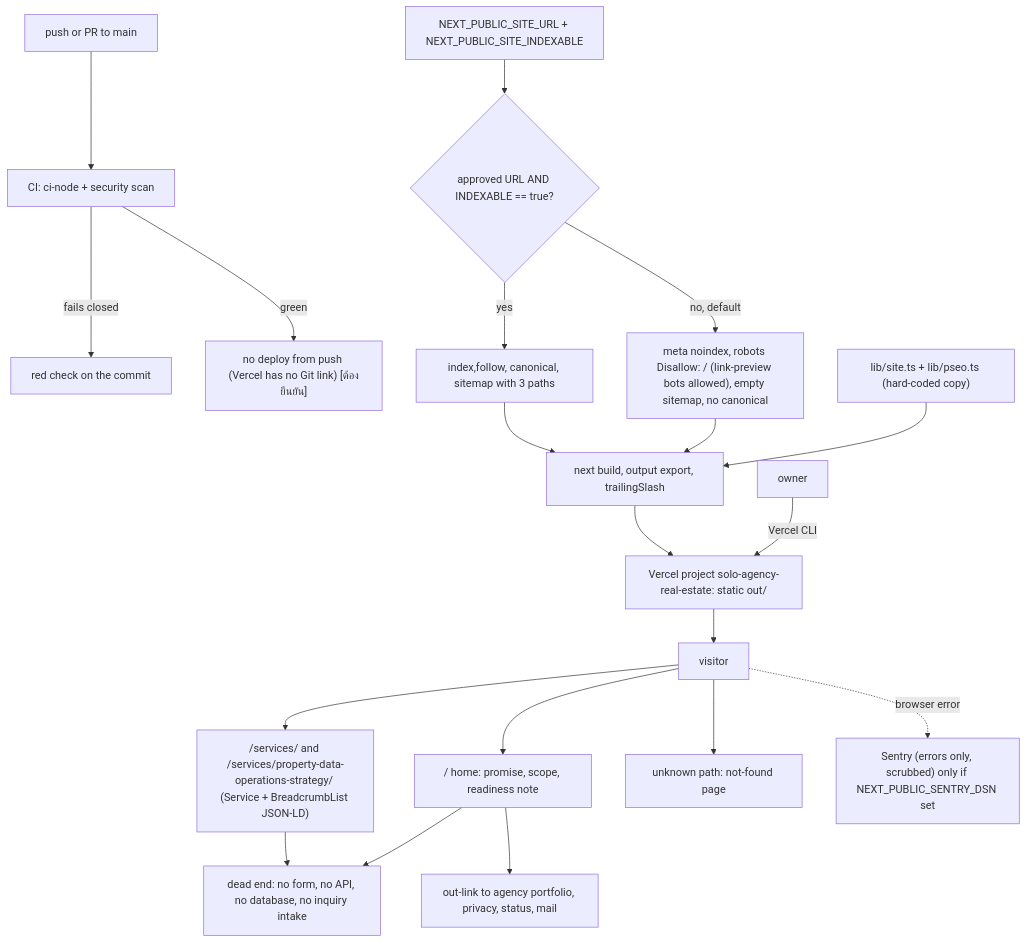
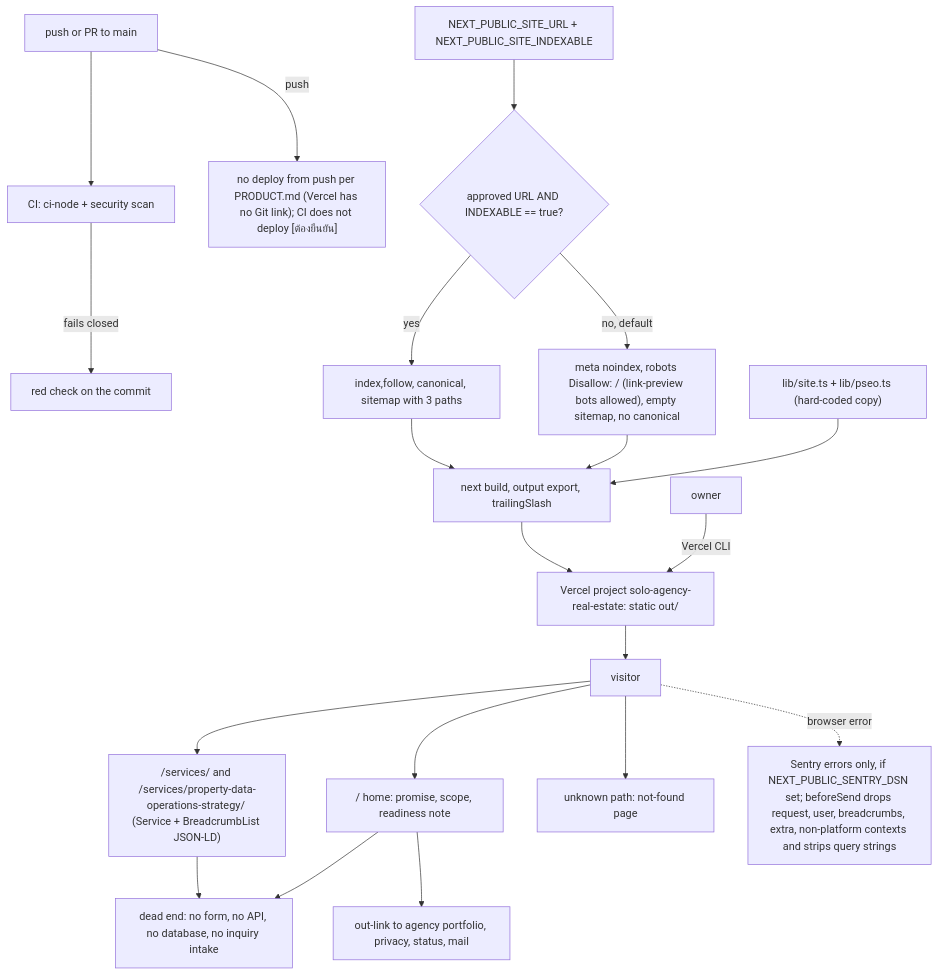
One commit to bookchaowalit-agency/agency-real-estate-web changed the first of 2 diagrams in docs/diagrams/01-business-process.md. Above: the diagram before and after it, drawn with Mermaid. The commit also changed other lines of this file, not shown here.

````diff
--- a/docs/diagrams/01-business-process.md
+++ b/docs/diagrams/01-business-process.md
@@ -9,22 +9,22 @@
 ```mermaid
 flowchart TD
   DEV["push or PR to main"] --> CI["CI: ci-node + security scan"]
   CI -->|"fails closed"| CIFAIL["red check on the commit"]
-  CI -->|green| NODEPLOY["no deploy from push (Vercel has no Git link) [ต้องยืนยัน]"]
+  DEV -->|"push"| NODEPLOY["no deploy from push per PRODUCT.md (Vercel has no Git link); CI does not deploy [ต้องยืนยัน]"]
   OWNER["owner"] -->|"Vercel CLI"| VERCEL["Vercel project solo-agency-real-estate: static out/"]
   DATA["lib/site.ts + lib/pseo.ts (hard-coded copy)"] --> BUILD["next build, output export, trailingSlash"]
   ENV["NEXT_PUBLIC_SITE_URL + NEXT_PUBLIC_SITE_INDEXABLE"] --> GATE{"approved URL AND INDEXABLE == true?"}
   GATE -->|no, default| NOIDX["meta noindex, robots Disallow: / (link-preview bots allowed), empty sitemap, no canonical"]
   GATE -->|yes| IDX["index,follow, canonical, sitemap with 3 paths"]
   NOIDX --> BUILD
   IDX --> BUILD
   BUILD --> VERCEL
   VISITOR["visitor"] --> HOME["/ home: promise, scope, readiness note"]
   VISITOR --> SERVICE["/services/ and /services/property-data-operations-strategy/ (Service + BreadcrumbList JSON-LD)"]
   VISITOR --> OTHER["unknown path: not-found page"]
   HOME --> NOFORM["dead end: no form, no API, no database, no inquiry intake"]
   HOME --> PORTFOLIO["out-link to agency portfolio, privacy, status, mail"]
   SERVICE --> NOFORM
   VERCEL --> VISITOR
-  VISITOR -.->|"browser error"| SENTRY["Sentry (errors only, scrubbed) only if NEXT_PUBLIC_SENTRY_DSN set"]
+  VISITOR -.->|"browser error"| SENTRY["Sentry errors only, if NEXT_PUBLIC_SENTRY_DSN set; beforeSend drops request, user, breadcrumbs, extra, non-platform contexts and strips query strings"]
 ```
````
